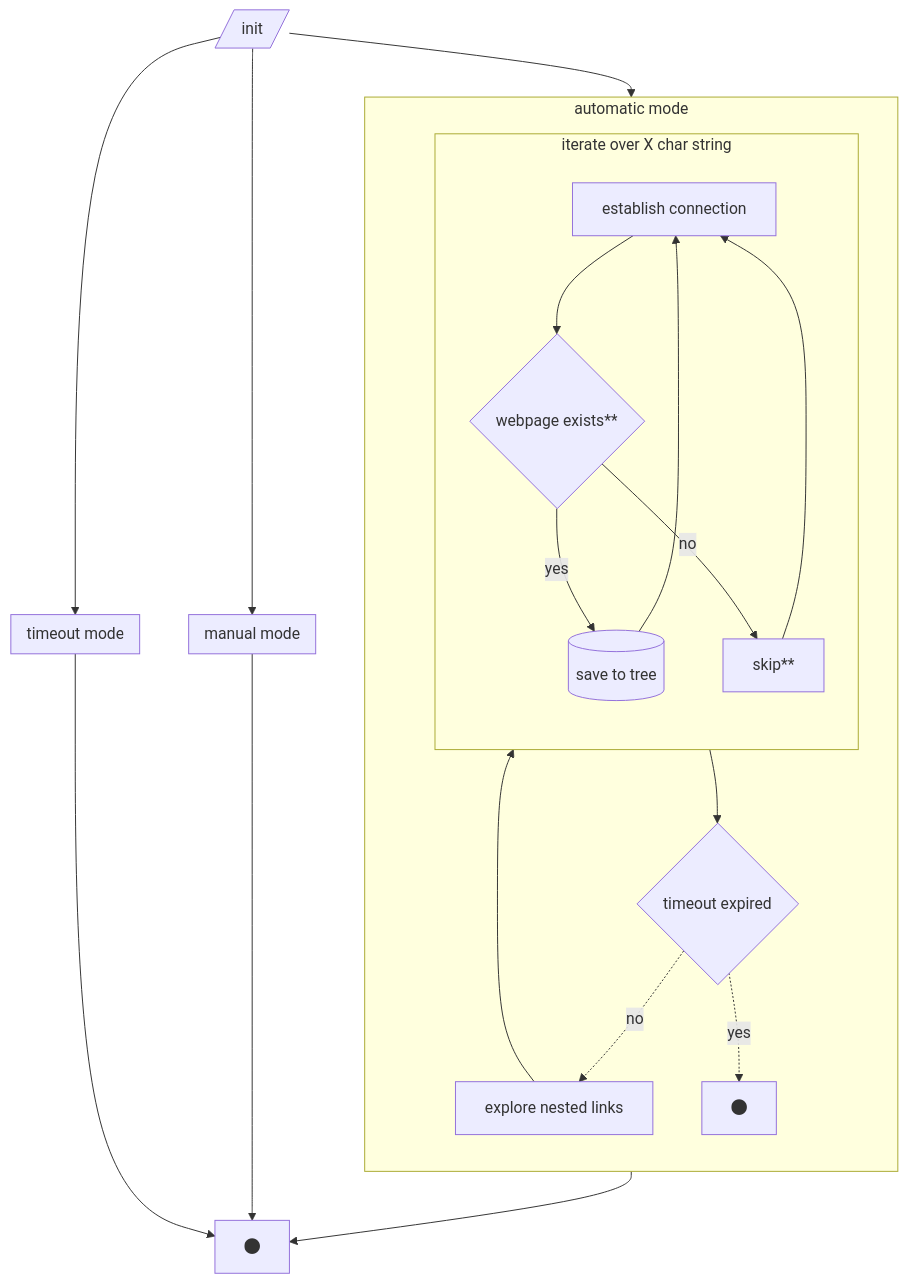
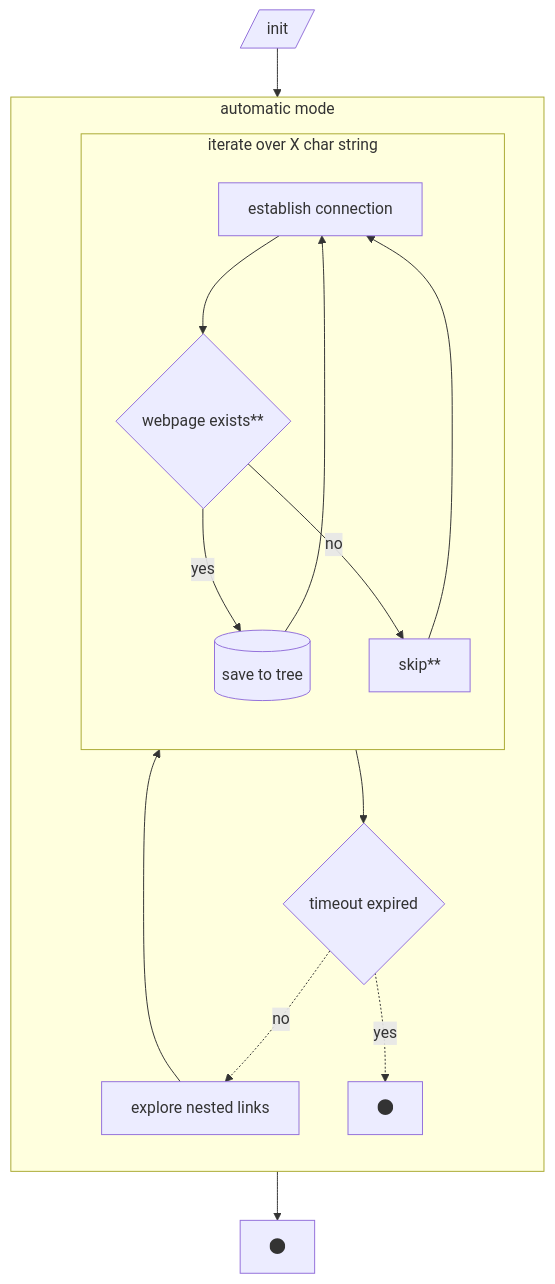
One commit to durryx/mappsite changed the second of 2 diagrams in README.md. Above: the diagram before and after it, drawn with Mermaid. The commit also changed other lines of this file and 2 other files, not shown here.

````diff
--- a/README.md
+++ b/README.md
@@ -26,33 +71,22 @@
 ```mermaid
 flowchart TD
 
   subgraph mode1[automatic mode]
     direction TB
     subgraph A1[iterate over X char string]
         direction TB
         A[establish connection]
       	A --> B{webpage exists**} -->|yes| C[(save to tree)] --> A
       	B -->|no| D[skip**] --> A
     end
 
         A1 --> timeout{timeout expired}
         timeout -. no .-> E[explore nested links]
         E --> A1
         timeout -. yes .-> q[fa:fa-circle]
 
   end
 
-  subgraph mode2[timeout mode]
-    direction TB
+  i[/init/] --> mode1 --> o[fa:fa-circle]
 
-  end
-
-  subgraph mode3[manual mode]
-    direction TB
-
-  end
-
-  i[/init/] --> mode1 --> o[fa:fa-circle]
-  i[/init/] --> mode2 --> o[fa:fa-circle]
-  i[/init/] --> mode3 --> o[fa:fa-circle]
 ```
````
